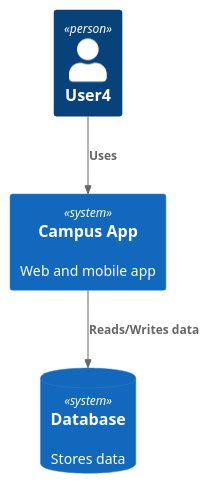
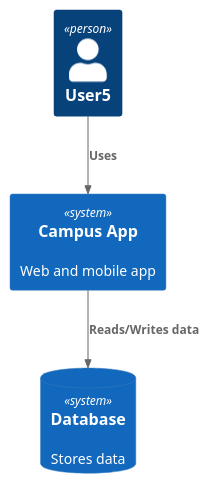
The diagram in docs/architecture/campus-app.puml (MarcelVSHNS/CampusApp), drawn with PlantUML before and after one commit.

```diff
--- a/docs/architecture/campus-app.puml
+++ b/docs/architecture/campus-app.puml
@@ -1,11 +1,11 @@
 @startuml
 !include https://raw.githubusercontent.com/plantuml-stdlib/C4-PlantUML/master/C4_Context.puml
 
-Person(user, "User4")
+Person(user, "User5")
 System(system, "Campus App", "Web and mobile app")
 SystemDb(db, "Database", "Stores data")
 
 Rel(user, system, "Uses")
 Rel(system, db, "Reads/Writes data")
 
 @enduml
```
